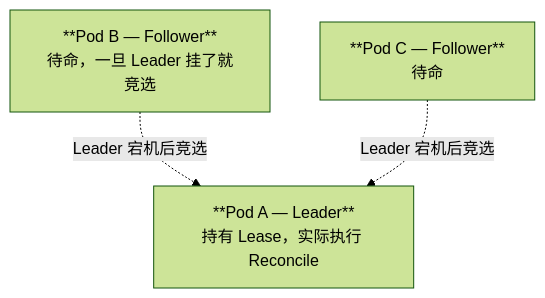
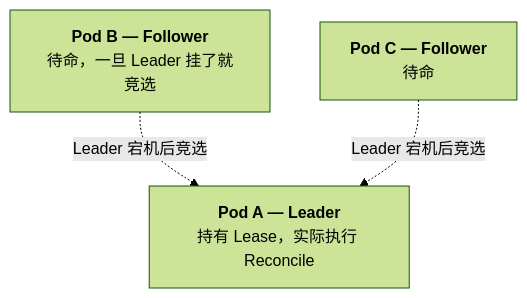
One commit to Eivs/operator-learning changed the second of 4 diagrams in 10-deployment.md. Above: the diagram before and after it, drawn with Mermaid (forest theme). The commit also changed 3 other files, not shown here.

Commit message:
fix: improve flowchart readability and enhance API design clarity

````diff
--- a/10-deployment.md
+++ b/10-deployment.md
@@ -161,8 +161,8 @@
 ```mermaid
 flowchart TB
-    Leader["**Pod A — Leader**<br/>持有 Lease，实际执行 Reconcile"]
-    FollowerB["**Pod B — Follower**<br/>待命，一旦 Leader 挂了就竞选"]
-    FollowerC["**Pod C — Follower**<br/>待命"]
+    Leader["<b>Pod A — Leader</b><br/>持有 Lease，实际执行 Reconcile"]
+    FollowerB["<b>Pod B — Follower</b><br/>待命，一旦 Leader 挂了就竞选"]
+    FollowerC["<b>Pod C — Follower</b><br/>待命"]
     FollowerB -.->|Leader 宕机后竞选| Leader
     FollowerC -.->|Leader 宕机后竞选| Leader
 ```
````
